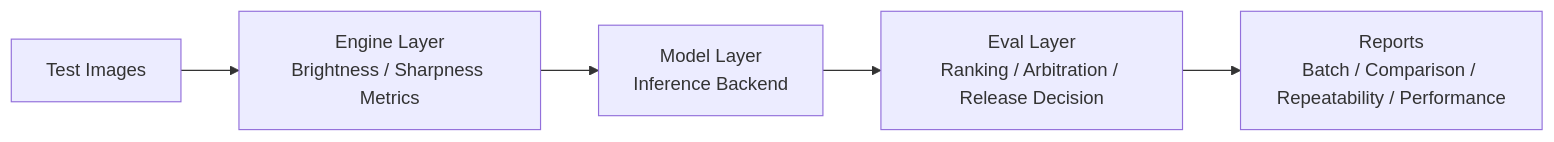
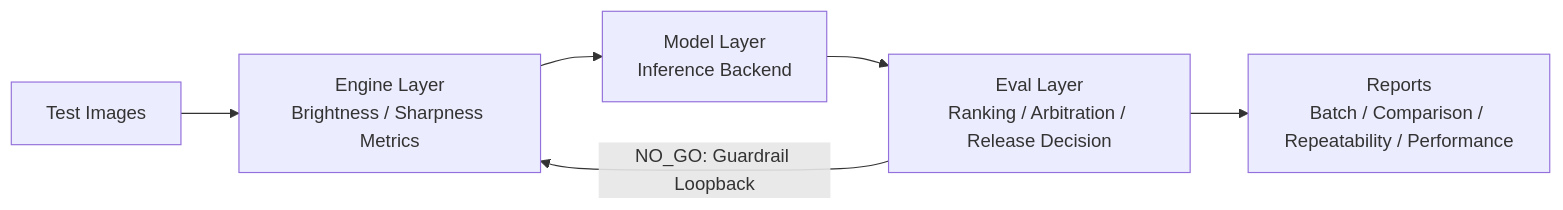
The diagram in README.md (CHDev2116/agentic_testing_framework), drawn with Mermaid before and after one commit. The commit also changed other lines of this file and 9 other files, not shown here.

````diff
--- a/README.md
+++ b/README.md
@@ -51,7 +86,8 @@
 ```mermaid
 flowchart LR
     A[Test Images] --> B[Engine Layer<br/>Brightness / Sharpness Metrics]
     B --> C[Model Layer<br/>Inference Backend]
     C --> D[Eval Layer<br/>Ranking / Arbitration / Release Decision]
     D --> E[Reports<br/>Batch / Comparison / Repeatability / Performance]
+    D -- NO_GO: Guardrail Loopback --> B
 ```
````
